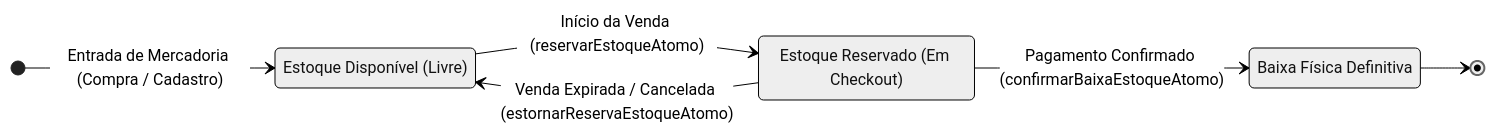
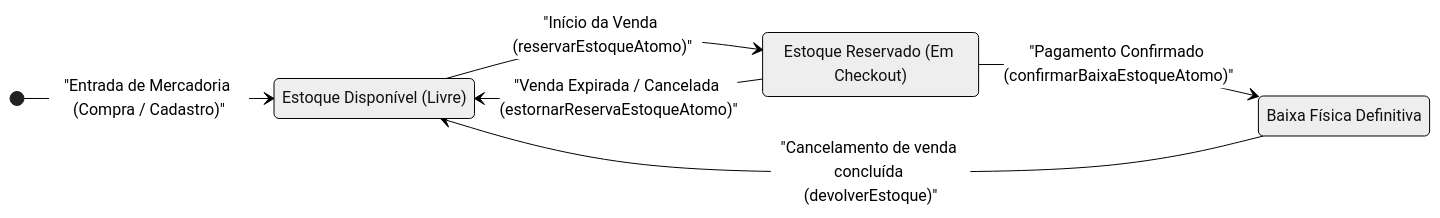
The first of 5 diagrams in docs/domains/inventory.md (iXDGabrielTK/petshop-microservices), drawn with Mermaid (neutral theme) before and after one commit. The commit also changed other lines of this file and 59 other files, not shown here.

````diff
--- a/docs/domains/inventory.md
+++ b/docs/domains/inventory.md
@@ -27,13 +30,13 @@
 ```mermaid
 stateDiagram-v2
     direction LR
     state "Estoque Disponível (Livre)" as Livre
     state "Estoque Reservado (Em Checkout)" as Reservado
     state "Baixa Física Definitiva" as Vendido
 
-    [*] --> Livre: Entrada de Mercadoria (Compra / Cadastro)
-    Livre --> Reservado: Início da Venda (reservarEstoqueAtomo)
-    Reservado --> Vendido: Pagamento Confirmado (confirmarBaixaEstoqueAtomo)
-    Reservado --> Livre: Venda Expirada / Cancelada (estornarReservaEstoqueAtomo)
-    Vendido --> [*]
+    [*] --> Livre: "Entrada de Mercadoria (Compra / Cadastro)"
+    Livre --> Reservado: "Início da Venda (reservarEstoqueAtomo)"
+    Reservado --> Vendido: "Pagamento Confirmado (confirmarBaixaEstoqueAtomo)"
+    Reservado --> Livre: "Venda Expirada / Cancelada (estornarReservaEstoqueAtomo)"
+    Vendido --> Livre: "Cancelamento de venda concluída (devolverEstoque)"
 ```
````
